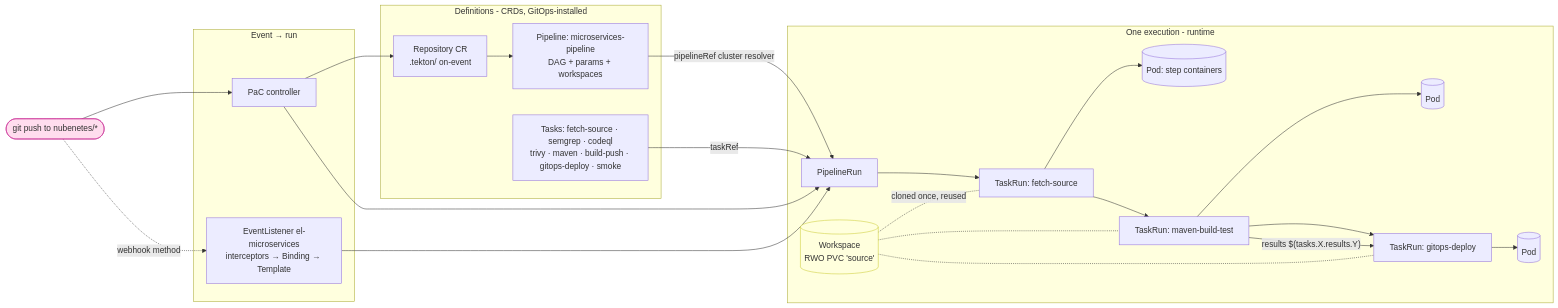
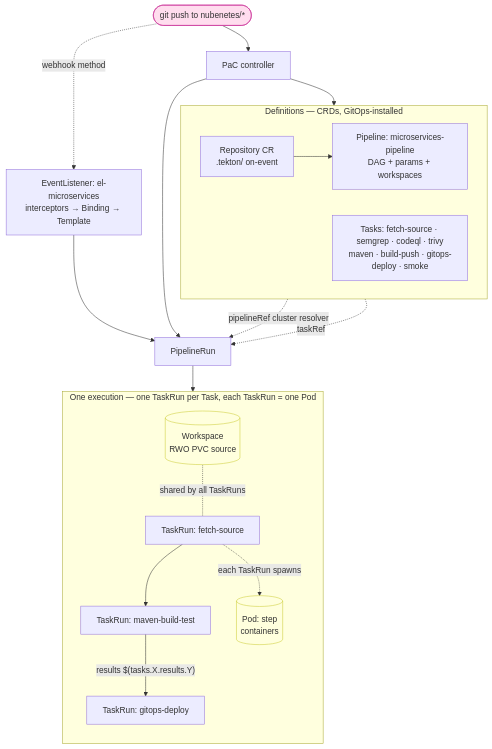
The first of 2 diagrams in docs/403-TEKTON.md (nubenetes/jenkins-2026), drawn with Mermaid before and after one commit.

Commit message:
docs(403): recompose Tekton object-model diagram (TB, compact) to avoid wide-scaling
The LR version sprawled horizontally (long TaskRun chain + 3 separate Pod nodes +
3 crossing workspace dotted-links), so GitHub would shrink the text. Switch to TB
with collapsed representative Pod/workspace nodes and a vertical TaskRun chain —
near-square aspect, text fits the boxes, no overlapping labels. Visually verified
via mermaid-cli PNG render.

````diff
--- a/docs/403-TEKTON.md
+++ b/docs/403-TEKTON.md
@@ -63,40 +63,31 @@
 ```mermaid
-flowchart LR
-  push([git push to nubenetes/*]):::ext
+flowchart TB
+  push([git push to nubenetes/*]):::ext --> pac[PaC controller]
+  push -. webhook method .-> el[EventListener: el-microservices<br/>interceptors → Binding → Template]
 
-  subgraph defs[Definitions - CRDs, GitOps-installed]
-    repo[Repository CR<br/>.tekton/ on-event]
-    pipe[Pipeline: microservices-pipeline<br/>DAG + params + workspaces]
-    tasks[Tasks: fetch-source · semgrep · codeql<br/>trivy · maven · build-push · gitops-deploy · smoke]
+  subgraph defs[Definitions — CRDs, GitOps-installed]
+    direction LR
+    repo[Repository CR<br/>.tekton/ on-event] --> pipe[Pipeline: microservices-pipeline<br/>DAG + params + workspaces]
+    tasks[Tasks: fetch-source · semgrep · codeql · trivy<br/>maven · build-push · gitops-deploy · smoke]
   end
 
-  subgraph trig[Event → run]
-    pac[PaC controller]
-    el[EventListener el-microservices<br/>interceptors → Binding → Template]
+  pac --> repo
+  el --> plr[PipelineRun]
+  pac --> plr
+  pipe -. pipelineRef cluster resolver .-> plr
+  tasks -. taskRef .-> plr
+
+  subgraph run[One execution — one TaskRun per Task, each TaskRun = one Pod]
+    direction TB
+    tr1[TaskRun: fetch-source] --> tr2[TaskRun: maven-build-test] -->|"results $(tasks.X.results.Y)"| tr3[TaskRun: gitops-deploy]
+    pod[(Pod: step<br/>containers)]:::vol
+    ws[(Workspace<br/>RWO PVC source)]:::vol
   end
 
-  subgraph run[One execution - runtime]
-    plr[PipelineRun]
-    tr1[TaskRun: fetch-source] --> pod1[(Pod: step containers)]
-    tr2[TaskRun: maven-build-test] --> pod2[(Pod)]
-    tr3[TaskRun: gitops-deploy] --> pod3[(Pod)]
-    ws[(Workspace<br/>RWO PVC 'source')]:::vol
-  end
-
-  push --> pac
-  push -.webhook method.-> el
-  pac --> repo
-  repo --> pipe
-  el --> plr
-  pac --> plr
-  pipe -->|pipelineRef cluster resolver| plr
-  tasks -->|taskRef| plr
-  plr --> tr1 --> tr2 --> tr3
-  ws -.cloned once, reused.- tr1
-  ws -.- tr2
-  ws -.- tr3
-  tr2 -->|"results $(tasks.X.results.Y)"| tr3
+  plr --> tr1
+  tr1 -. each TaskRun spawns .-> pod
+  ws -. shared by all TaskRuns .- tr1
 
   classDef ext fill:#fde,stroke:#c39;
   classDef vol fill:#ffd,stroke:#cc3;
 ```
````
